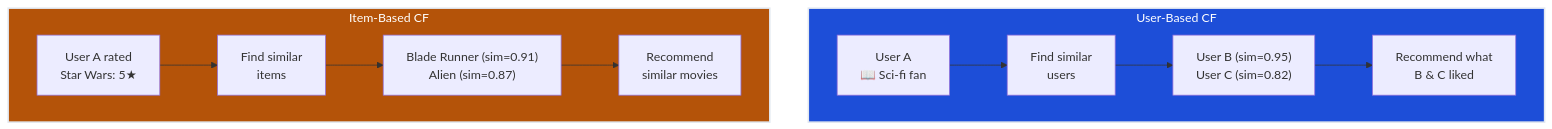
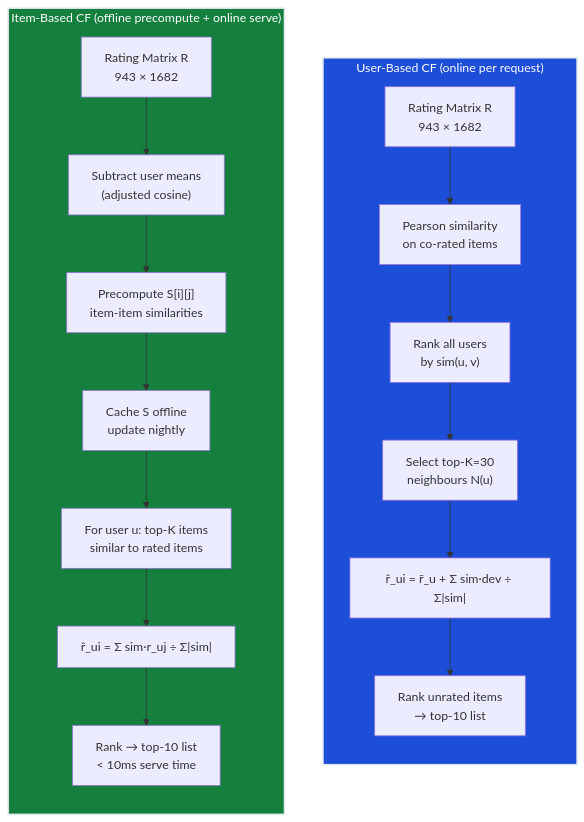
One commit to deepakshamsft/ai-portfolio changed the second of 3 diagrams in notes/01-ml/04_recommender_systems/ch02_collaborative_filtering/README.md. Above: the diagram before and after it, drawn with Mermaid. The commit also changed other lines of this file and 727 other files, not shown here.

````diff
--- a/notes/01-ml/04_recommender_systems/ch02_collaborative_filtering/README.md
+++ b/notes/01-ml/04_recommender_systems/ch02_collaborative_filtering/README.md
@@ -271,19 +498,24 @@
 ```mermaid
 flowchart TB
-    subgraph UB["User-Based CF"]
-        direction LR
-        UA["User A<br/>📖 Sci-fi fan"] --> SIM1["Find similar<br/>users"]
-        SIM1 --> UB2["User B (sim=0.95)<br/>User C (sim=0.82)"]
-        UB2 --> REC1["Recommend what<br/>B & C liked"]
+    subgraph UB["User-Based CF  (online per request)"]
+        direction TB
+        R1["Rating Matrix R<br/>943 × 1682"] --> PEARSON["Pearson similarity<br/>on co-rated items"]
+        PEARSON --> TOPK1["Rank all users<br/>by sim(u, v)"]
+        TOPK1 --> NK1["Select top-K=30<br/>neighbours N(u)"]
+        NK1 --> WA1["r̂_ui = r̄_u + Σ sim·dev ÷ Σ|sim|"]
+        WA1 --> RANK1["Rank unrated items<br/>→ top-10 list"]
     end
-    
-    subgraph IB["Item-Based CF"]
-        direction LR
-        IA["User A rated<br/>Star Wars: 5★"] --> SIM2["Find similar<br/>items"]
-        SIM2 --> IB2["Blade Runner (sim=0.91)<br/>Alien (sim=0.87)"]
-        IB2 --> REC2["Recommend<br/>similar movies"]
+
+    subgraph IB["Item-Based CF  (offline precompute + online serve)"]
+        direction TB
+        R2["Rating Matrix R<br/>943 × 1682"] --> ADJCOS["Subtract user means<br/>(adjusted cosine)"]
+        ADJCOS --> S["Precompute S[i][j]<br/>item-item similarities"]
+        S --> CACHE["Cache S offline<br/>update nightly"]
+        CACHE --> NK2["For user u: top-K items<br/>similar to rated items"]
+        NK2 --> WA2["r̂_ui = Σ sim·r_uj ÷ Σ|sim|"]
+        WA2 --> RANK2["Rank → top-10 list<br/>< 10ms serve time"]
     end
-    
+
     style UB fill:#1d4ed8,stroke:#e2e8f0,stroke-width:2px,color:#ffffff
-    style IB fill:#b45309,stroke:#e2e8f0,stroke-width:2px,color:#ffffff
+    style IB fill:#15803d,stroke:#e2e8f0,stroke-width:2px,color:#ffffff
 ```
````
